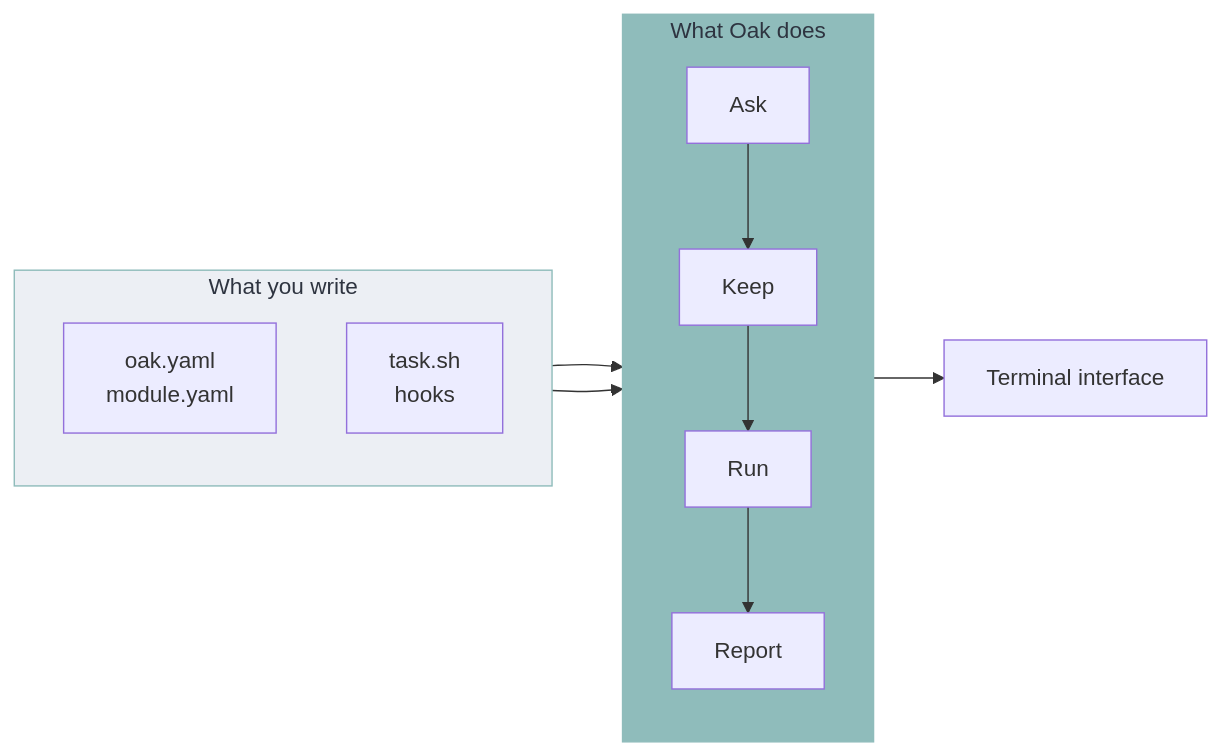
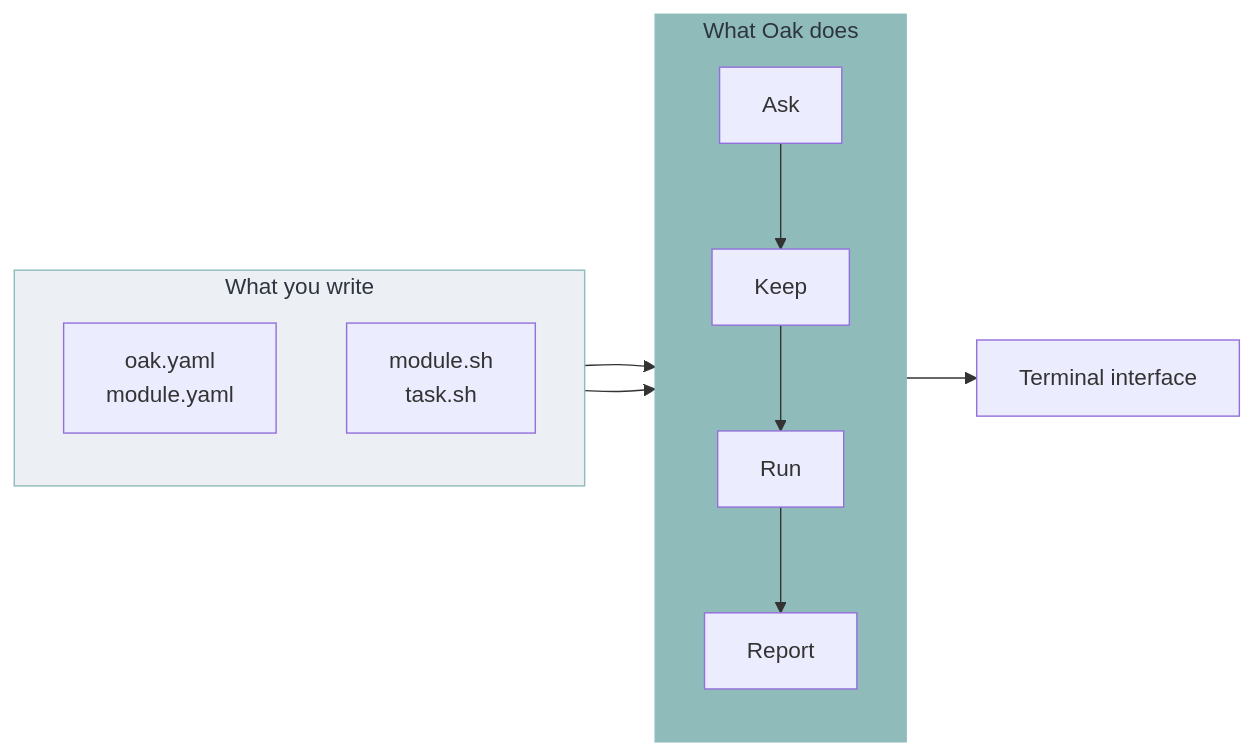
The first of 3 diagrams in docs/README.md (murkl/oak), drawn with Mermaid before and after one commit. The commit also changed other lines of this file and 40 other files, not shown here.

Commit message:
Move a task into its stage folder and give a module one name

````diff
--- a/docs/README.md
+++ b/docs/README.md
@@ -56,18 +55,18 @@
 ```mermaid
 flowchart LR
     subgraph Y["What you write"]
         direction TB
         C["oak.yaml<br/>module.yaml"]
-        S["task.sh<br/>hooks"]
+        S["module.sh<br/>task.sh"]
     end
     subgraph O["What Oak does"]
         direction TB
         A["Ask"] --> K["Keep"] --> R["Run"] --> F["Report"]
     end
     C --> O
     S --> O
     O --> U["Terminal interface"]
 
     style Y fill:#eceff4,stroke:#8fbcbb,color:#2e3440
     style O fill:#8fbcbb,stroke:#8fbcbb,color:#2e3440
 ```
````
